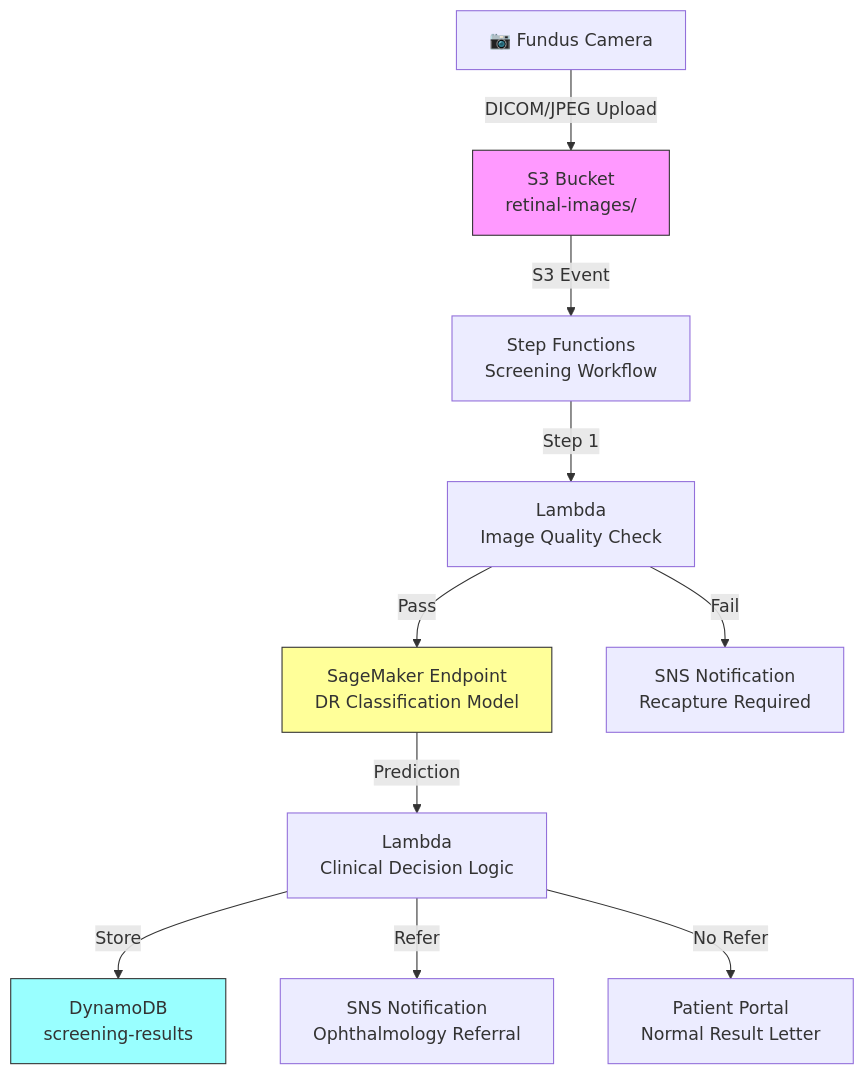
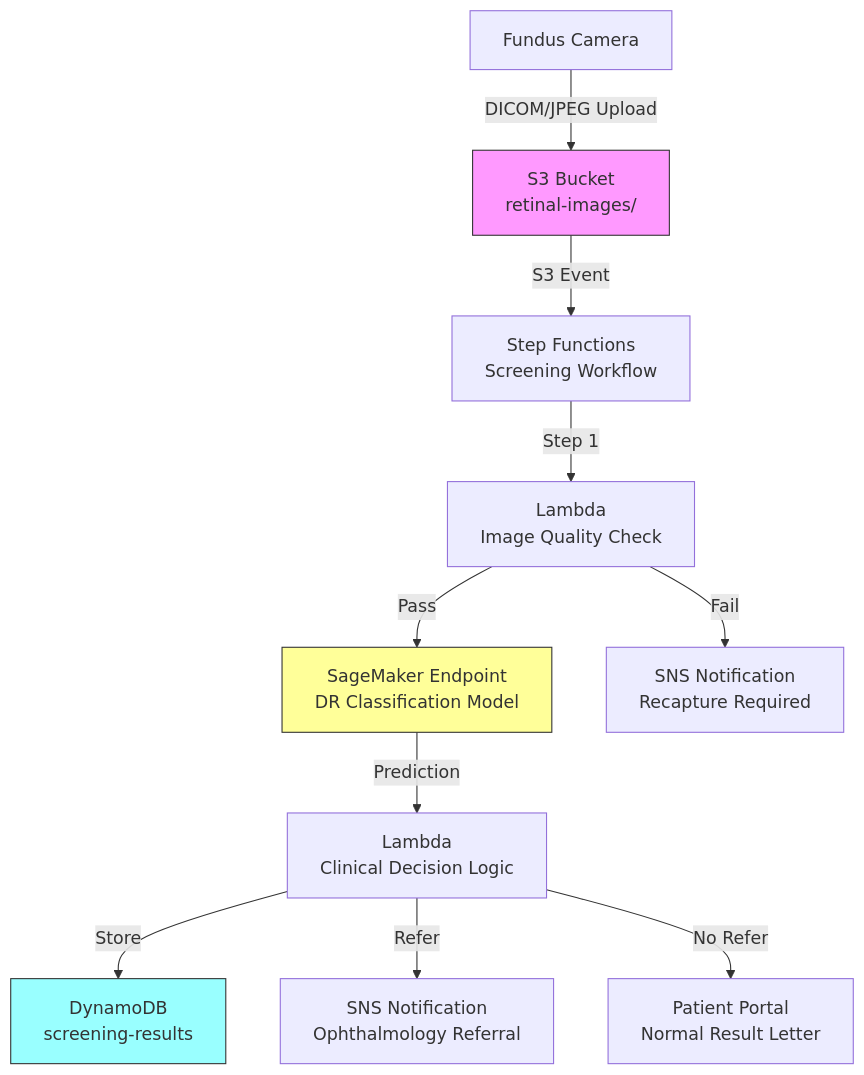
The diagram in chapter09.06-architecture.md (ccrngd1/HCLS-ai-book), drawn with Mermaid before and after one commit. The commit also changed other lines of this file and 515 other files, not shown here.

````diff
--- a/chapter09.06-architecture.md
+++ b/chapter09.06-architecture.md
@@ -25,16 +25,16 @@
 ```mermaid
 flowchart TD
-    A[📷 Fundus Camera] -->|DICOM/JPEG Upload| B[S3 Bucket<br/>retinal-images/]
-    B -->|S3 Event| C[Step Functions<br/>Screening Workflow]
-    C -->|Step 1| D[Lambda<br/>Image Quality Check]
-    D -->|Pass| E[SageMaker Endpoint<br/>DR Classification Model]
-    D -->|Fail| F[SNS Notification<br/>Recapture Required]
-    E -->|Prediction| G[Lambda<br/>Clinical Decision Logic]
-    G -->|Store| H[DynamoDB<br/>screening-results]
-    G -->|Refer| I[SNS Notification<br/>Ophthalmology Referral]
-    G -->|No Refer| J[Patient Portal<br/>Normal Result Letter]
+ A[Fundus Camera] -->|DICOM/JPEG Upload| B[S3 Bucket<br/>retinal-images/]
+ B -->|S3 Event| C[Step Functions<br/>Screening Workflow]
+ C -->|Step 1| D[Lambda<br/>Image Quality Check]
+ D -->|Pass| E[SageMaker Endpoint<br/>DR Classification Model]
+ D -->|Fail| F[SNS Notification<br/>Recapture Required]
+ E -->|Prediction| G[Lambda<br/>Clinical Decision Logic]
+ G -->|Store| H[DynamoDB<br/>screening-results]
+ G -->|Refer| I[SNS Notification<br/>Ophthalmology Referral]
+ G -->|No Refer| J[Patient Portal<br/>Normal Result Letter]
 
-    style B fill:#f9f,stroke:#333
-    style E fill:#ff9,stroke:#333
-    style H fill:#9ff,stroke:#333
+ style B fill:#f9f,stroke:#333
+ style E fill:#ff9,stroke:#333
+ style H fill:#9ff,stroke:#333
 ```
````
